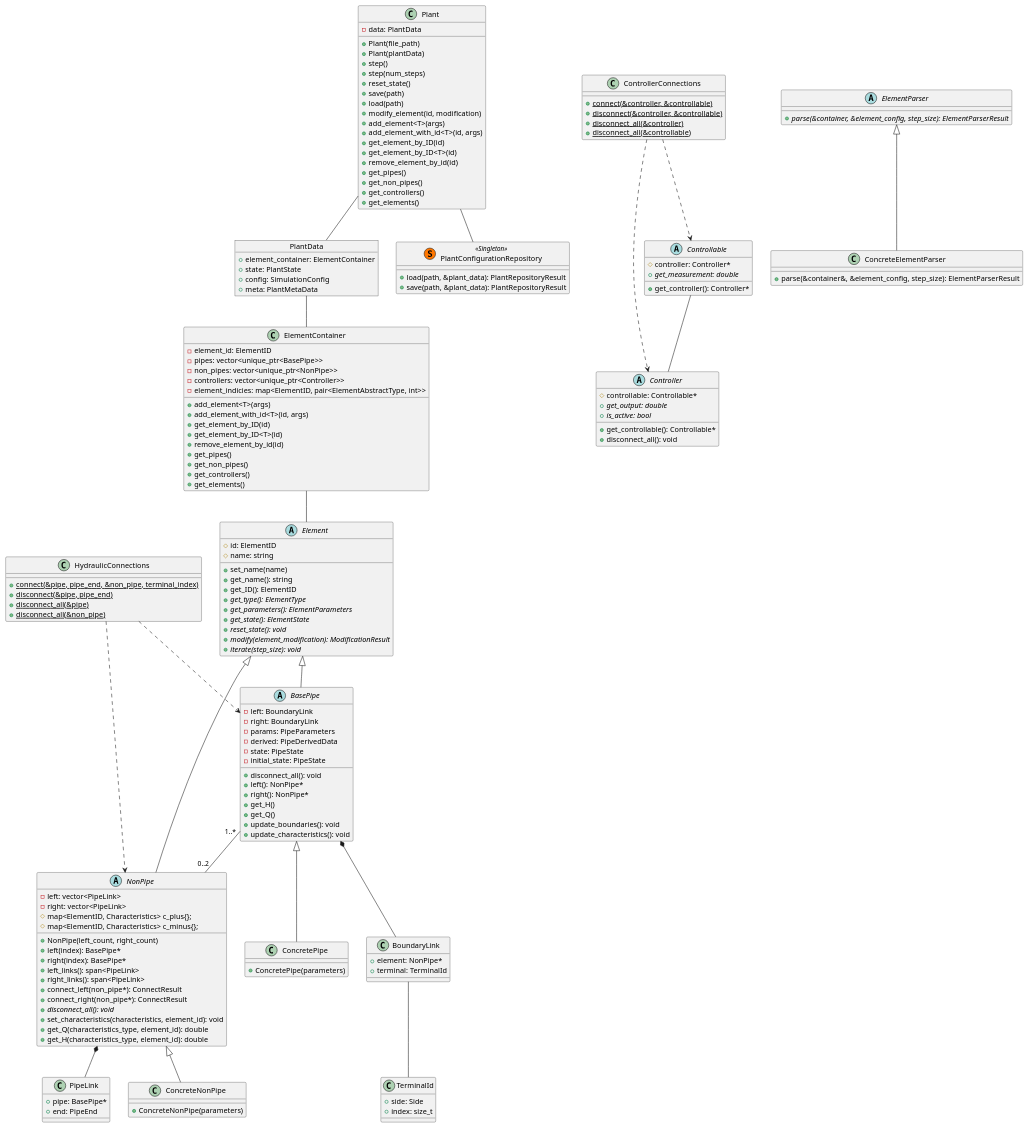
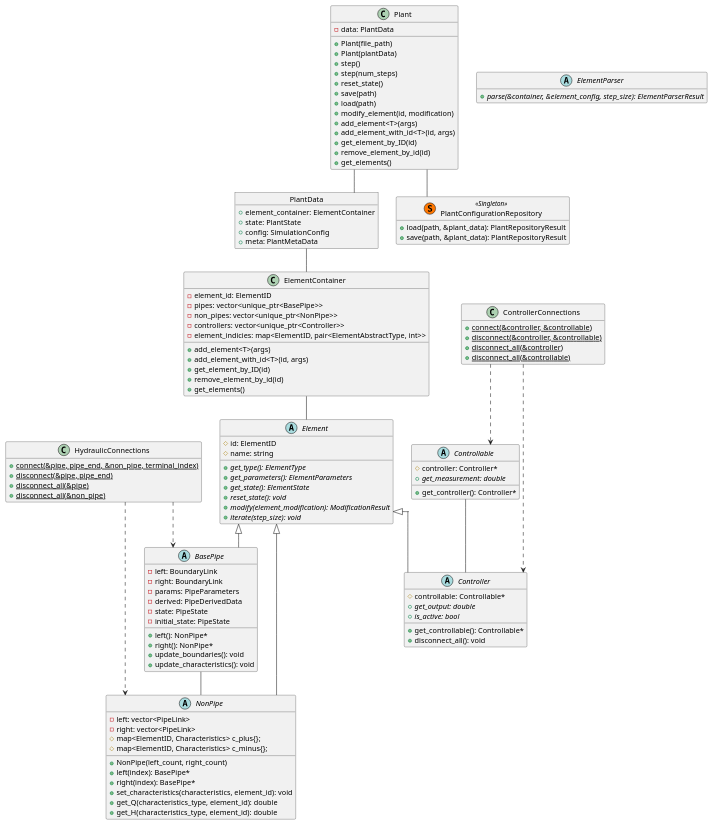
One commit to LVTrans/LVTransCore changed the diagram in assets/system_architecture.puml. Above: the diagram before and after it, drawn with PlantUML. The commit also changed 1 other file, not shown here.

Commit message:
chore: update architecture image

```diff
--- a/assets/system_architecture.puml
+++ b/assets/system_architecture.puml
@@ -1,195 +1,152 @@
 @startuml
+
+
+skinparam linetype ortho
+skinparam nodesep 35
+skinparam ranksep 45
+skinparam packageStyle rectangle
+skinparam shadowing false
+
+hide empty members
+
 
 abstract class Element {
   # id: ElementID
   # name: string
-  + set_name(name)
-  + get_name(): string
-  + get_ID(): ElementID
   + get_type(): ElementType {abstract}
   + get_parameters(): ElementParameters {abstract}
   + get_state(): ElementState {abstract}
   + reset_state(): void {abstract}
   + modify(element_modification): ModificationResult {abstract}
   + iterate(step_size): void {abstract}
 
 }
 
 abstract class NonPipe {
   + NonPipe(left_count, right_count)
   - left: vector<PipeLink>
   - right: vector<PipeLink>
   # map<ElementID, Characteristics> c_plus{};
   # map<ElementID, Characteristics> c_minus{};
   + left(index): BasePipe*
   + right(index): BasePipe*
-  + left_links(): span<PipeLink>
-  + right_links(): span<PipeLink>
-  + connect_left(non_pipe*): ConnectResult
-  + connect_right(non_pipe*): ConnectResult
-  + disconnect_all(): void {abstract}
   + set_characteristics(characteristics, element_id): void
   + get_Q(characteristics_type, element_id): double
   + get_H(characteristics_type, element_id): double
 
 }
 
 abstract class BasePipe {
   - left: BoundaryLink
   - right: BoundaryLink
   - params: PipeParameters
   - derived: PipeDerivedData
   - state: PipeState
   - initial_state: PipeState
-  + disconnect_all(): void 
   + left(): NonPipe*
   + right(): NonPipe*
-  + get_H()
-  + get_Q()
   + update_boundaries(): void
   + update_characteristics(): void
 }
-
-class ConcreteNonPipe  {
-  + ConcreteNonPipe(parameters)
-}
-
-class ConcretePipe {
-  + ConcretePipe(parameters)
-}
-
 abstract class Controller {
   # controllable: Controllable*
   {abstract} + get_output: double
   {abstract} + is_active: bool
   + get_controllable(): Controllable*
   + disconnect_all(): void
 }
 
 abstract class Controllable {
   # controller: Controller*
   {abstract} + get_measurement: double
   + get_controller(): Controller*
 }
 
 
 class Plant {
   - data: PlantData
   + Plant(file_path)
   + Plant(plantData)
   + step()
   + step(num_steps)
   + reset_state()
   + save(path)
   + load(path)
   + modify_element(id, modification)
   + add_element<T>(args)
   + add_element_with_id<T>(id, args)
   + get_element_by_ID(id)
-  + get_element_by_ID<T>(id)
   + remove_element_by_id(id)
-  + get_pipes()
-  + get_non_pipes()
-  + get_controllers()
   + get_elements()
 }
 
 
 object PlantData {
   + element_container: ElementContainer
   + state: PlantState
   + config: SimulationConfig
   + meta: PlantMetaData
 }
 
 
 class ElementContainer {
   - element_id: ElementID
   - pipes: vector<unique_ptr<BasePipe>>
   - non_pipes: vector<unique_ptr<NonPipe>>
   - controllers: vector<unique_ptr<Controller>>
   - element_indicies: map<ElementID, pair<ElementAbstractType, int>>
   + add_element<T>(args)
   + add_element_with_id<T>(id, args)
   + get_element_by_ID(id)
-  + get_element_by_ID<T>(id)
   + remove_element_by_id(id)
-  + get_pipes()
-  + get_non_pipes()
-  + get_controllers()
   + get_elements()
 }
 
 
 class PlantConfigurationRepository << (S,#FF7700) Singleton >> {
   + load(path, &plant_data): PlantRepositoryResult
   + save(path, &plant_data): PlantRepositoryResult
 }
 
 abstract class ElementParser {
   + parse(&container, &element_config, step_size): ElementParserResult {abstract}
 }
 
-class ConcreteElementParser {
-  + parse(&container&, &element_config, step_size): ElementParserResult 
-}
-
-
 class HydraulicConnections {
   {static} + connect(&pipe, pipe_end, &non_pipe, terminal_index)
   {static} + disconnect(&pipe, pipe_end)
   {static} + disconnect_all(&pipe)
   {static} + disconnect_all(&non_pipe)
 }
-
-class BoundaryLink {
-  + element: NonPipe*
-  + terminal: TerminalId
-}
-class PipeLink {
-  + pipe: BasePipe*
-  + end: PipeEnd
-}
-class TerminalId {
-  + side: Side
-  + index: size_t
-}
-
 
 class ControllerConnections {
   {static} + connect(&controller, &controllable)
   {static} + disconnect(&controller, &controllable)
   {static} + disconnect_all(&controller)
   {static} + disconnect_all(&controllable)
 }
 
 ' Relations
 HydraulicConnections ..> BasePipe 
 HydraulicConnections ..> NonPipe 
 
 ControllerConnections ..> Controller 
 ControllerConnections ..> Controllable 
 
-BasePipe *-- BoundaryLink
-NonPipe *-- PipeLink
-BoundaryLink -- TerminalId
+
 Controllable -- Controller
 Plant -- PlantData
 
 Element <|-- NonPipe
 Element <|-- BasePipe
+Element <|-- Controller
 
-NonPipe <|-- ConcreteNonPipe
-BasePipe <|-- ConcretePipe
-BasePipe "1..*" -- "0..2" NonPipe 
-
-
-ElementParser <|-- ConcreteElementParser
+BasePipe -- NonPipe 
 
 
 ElementContainer -- Element
 
 PlantData -- ElementContainer
 Plant -- PlantConfigurationRepository
 
 @enduml
```
